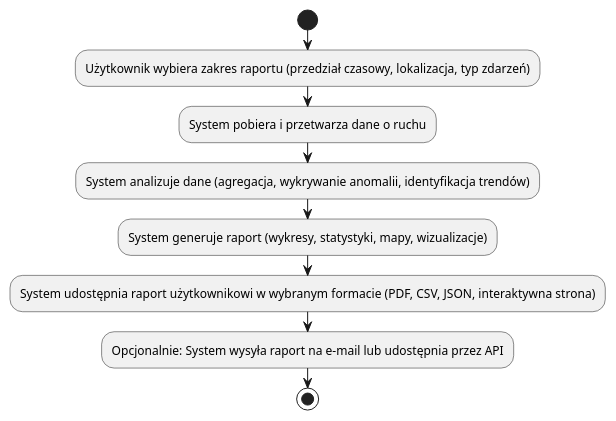
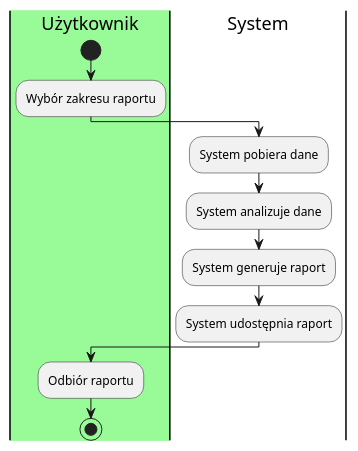
Before and after one commit to aleksanderpiluk/IWO: the diagram in dokumentacja/specyfikacja.wymagan/2.opis.biznesu/procesy.biznesowe/procesy/PB0007.puml, drawn with PlantUML.

```diff
--- a/dokumentacja/specyfikacja.wymagan/2.opis.biznesu/procesy.biznesowe/procesy/PB0007.puml
+++ b/dokumentacja/specyfikacja.wymagan/2.opis.biznesu/procesy.biznesowe/procesy/PB0007.puml
@@ -1,12 +1,22 @@
 @startuml
+|#palegreen|u|Użytkownik
+|System|
+
+|u|
 start
+:Wybór zakresu raportu;
 
-:Użytkownik wybiera zakres raportu (przedział czasowy, lokalizacja, typ zdarzeń);
-:System pobiera i przetwarza dane o ruchu;
-:System analizuje dane (agregacja, wykrywanie anomalii, identyfikacja trendów);
-:System generuje raport (wykresy, statystyki, mapy, wizualizacje);
-:System udostępnia raport użytkownikowi w wybranym formacie (PDF, CSV, JSON, interaktywna strona);
-:Opcjonalnie: System wysyła raport na e-mail lub udostępnia przez API;
+|System|
+:System pobiera dane;
+
+:System analizuje dane;
+
+:System generuje raport;
+
+:System udostępnia raport;
+
+|u|
+:Odbiór raportu;
 
 stop
 @enduml
```
